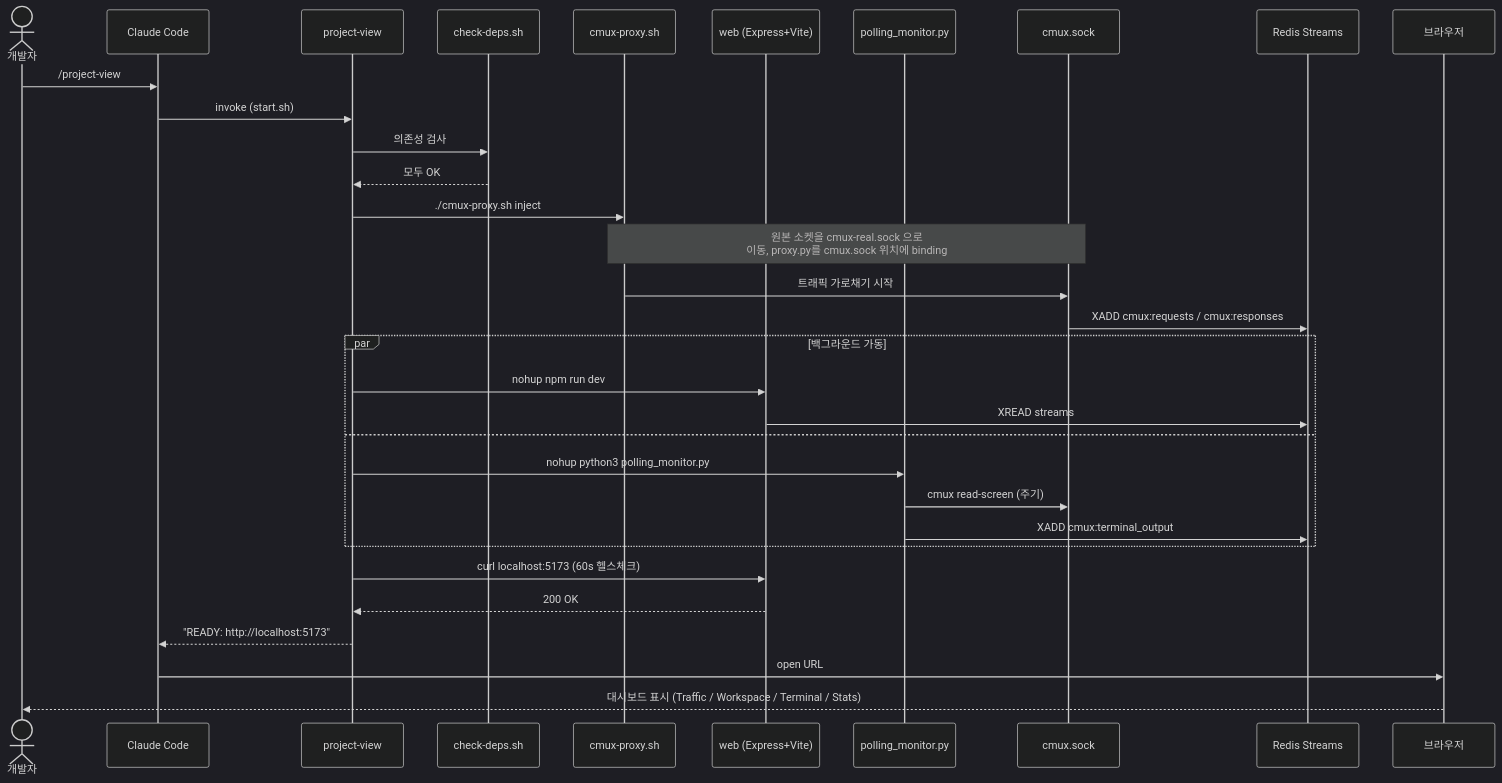
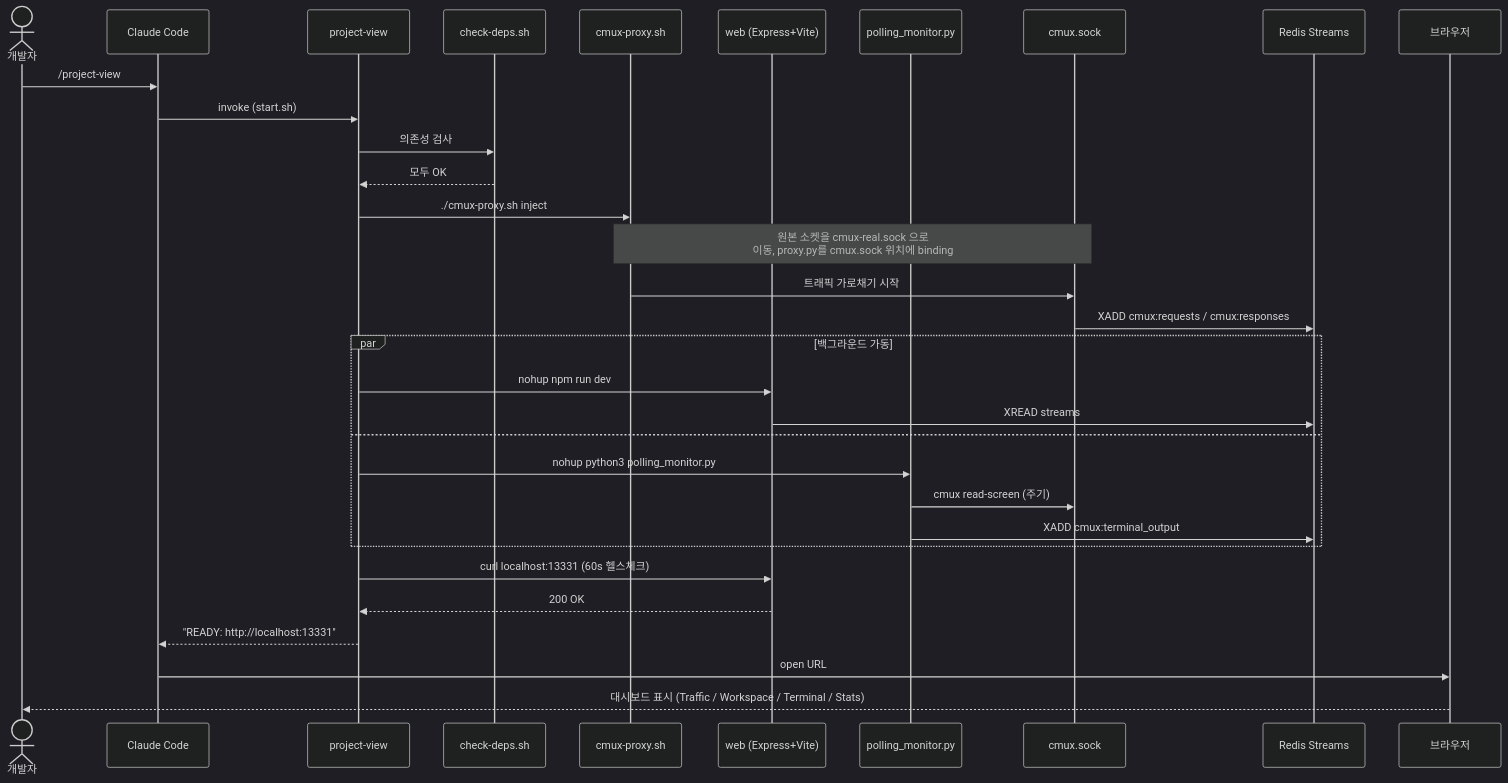
The seventh of 10 diagrams in README-ko.md (merong/cmux-workshop), drawn with Mermaid (dark theme) before and after one commit. The commit also changed other lines of this file and 15 other files, not shown here.

````diff
--- a/README-ko.md
+++ b/README-ko.md
@@ -390,38 +390,38 @@
 ```mermaid
 sequenceDiagram
     actor U as 개발자
     participant CC as Claude Code
     participant PV as project-view
     participant Dep as check-deps.sh
     participant CMP as cmux-proxy.sh
     participant Web as web (Express+Vite)
     participant Poll as polling_monitor.py
     participant CS as cmux.sock
     participant R as Redis Streams
     participant B as 브라우저
 
     U->>CC: /project-view
     CC->>PV: invoke (start.sh)
     PV->>Dep: 의존성 검사
     Dep-->>PV: 모두 OK
 
     PV->>CMP: ./cmux-proxy.sh inject
     note over CMP,CS: 원본 소켓을 cmux-real.sock 으로<br/>이동, proxy.py를 cmux.sock 위치에 binding
     CMP->>CS: 트래픽 가로채기 시작
     CS->>R: XADD cmux:requests / cmux:responses
 
     par 백그라운드 가동
         PV->>Web: nohup npm run dev
         Web->>R: XREAD streams
     and
         PV->>Poll: nohup python3 polling_monitor.py
         Poll->>CS: cmux read-screen (주기)
         Poll->>R: XADD cmux:terminal_output
     end
 
-    PV->>Web: curl localhost:5173 (60s 헬스체크)
+    PV->>Web: curl localhost:13331 (60s 헬스체크)
     Web-->>PV: 200 OK
-    PV-->>CC: "READY: http://localhost:5173"
+    PV-->>CC: "READY: http://localhost:13331"
     CC->>B: open URL
     B-->>U: 대시보드 표시 (Traffic / Workspace / Terminal / Stats)
 ```
````
